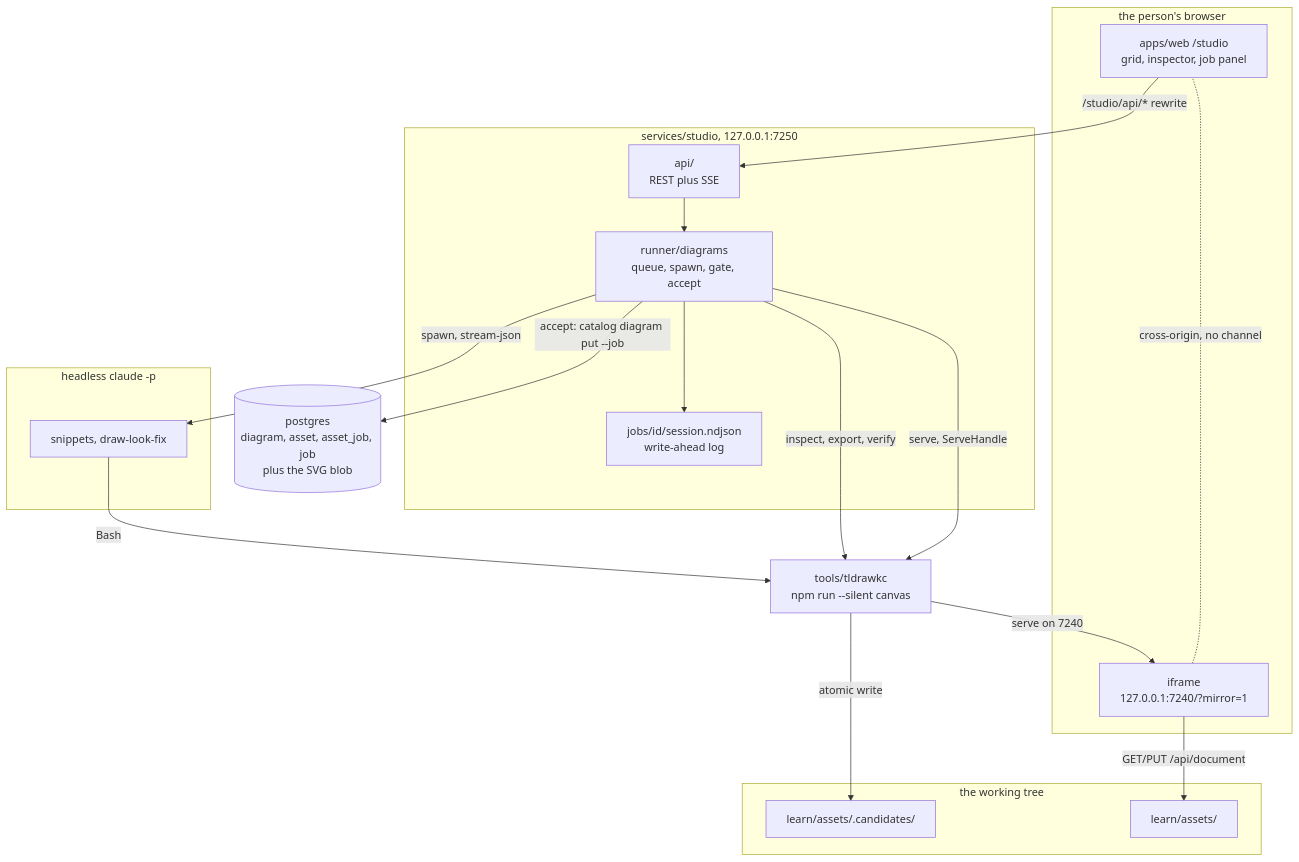
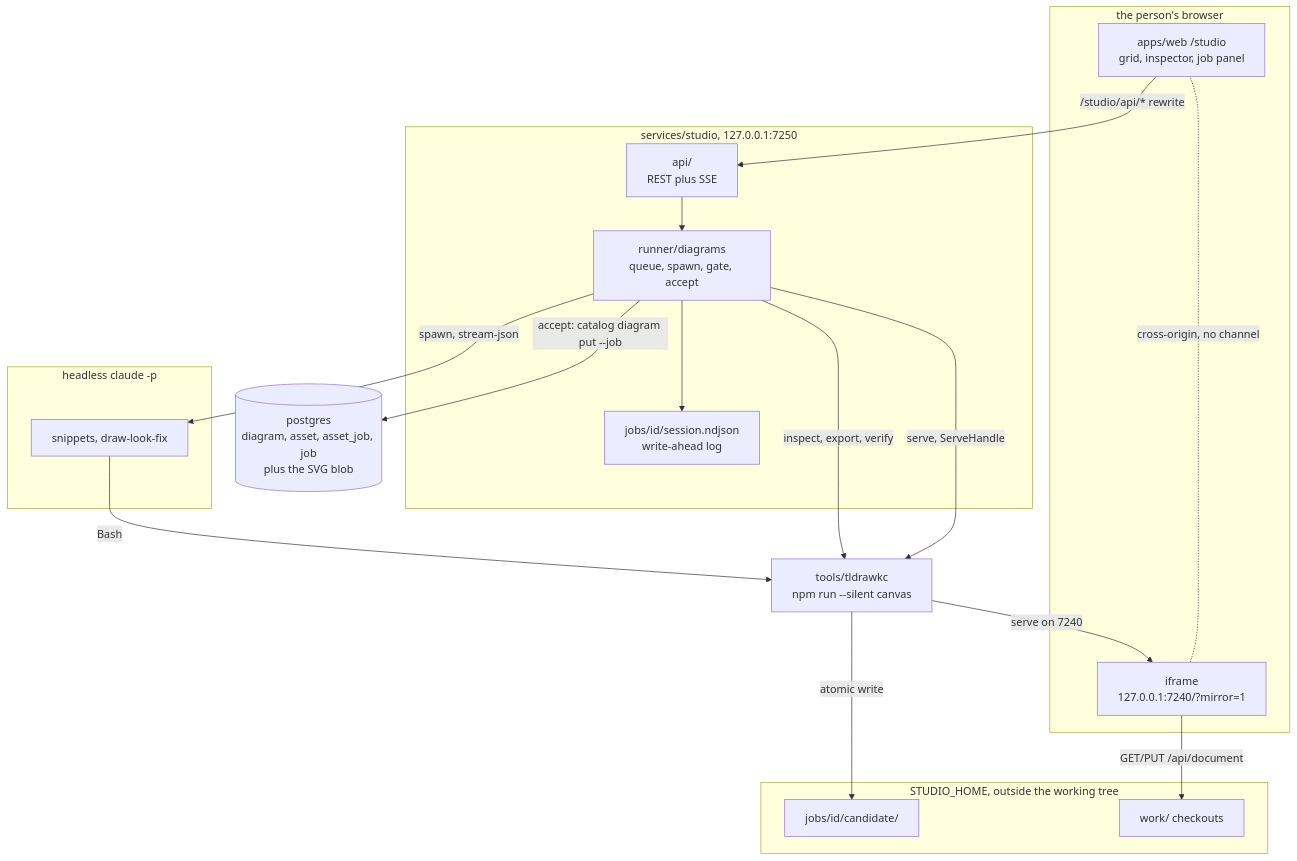
The first of 2 diagrams in docs/TLDRAWKC-INTEGRATION.md (c-wenlong/gnosia-learn), drawn with Mermaid before and after one commit. The commit also changed other lines of this file and 1 other file, not shown here.

First line of the commit message:
Docs: the studio's candidates live in the job workspace, and its root is its code

````diff
--- a/docs/TLDRAWKC-INTEGRATION.md
+++ b/docs/TLDRAWKC-INTEGRATION.md
@@ -69,34 +70,34 @@
 ```mermaid
 flowchart TB
     subgraph browser["the person's browser"]
         UI["apps/web /studio<br/>grid, inspector, job panel"]
         IF["iframe<br/>127.0.0.1:7240/?mirror=1"]
     end
     subgraph studio["services/studio, 127.0.0.1:7250"]
         API["api/<br/>REST plus SSE"]
         RUN["runner/diagrams<br/>queue, spawn, gate, accept"]
         WAL["jobs/id/session.ndjson<br/>write-ahead log"]
     end
     subgraph agent["headless claude -p"]
         CL["snippets, draw-look-fix"]
     end
-    subgraph files["the working tree"]
-        CAND["learn/assets/.candidates/"]
-        COMM["learn/assets/"]
+    subgraph files["STUDIO_HOME, outside the working tree"]
+        CAND["jobs/id/candidate/"]
+        COMM["work/ checkouts"]
     end
     CAT[("postgres<br/>diagram, asset, asset_job, job<br/>plus the SVG blob")]
     TK["tools/tldrawkc<br/>npm run --silent canvas"]
 
     UI -- "/studio/api/* rewrite" --> API
     API --> RUN
     RUN --> WAL
     RUN -- "spawn, stream-json" --> CL
     CL -- "Bash" --> TK
     TK -- "atomic write" --> CAND
     RUN -- "inspect, export, verify" --> TK
     RUN -- "accept: catalog diagram put --job" --> CAT
     RUN -- "serve, ServeHandle" --> TK
     IF -. "cross-origin, no channel" .- UI
     TK -- "serve on 7240" --> IF
     IF -- "GET/PUT /api/document" --> COMM
 ```
````
